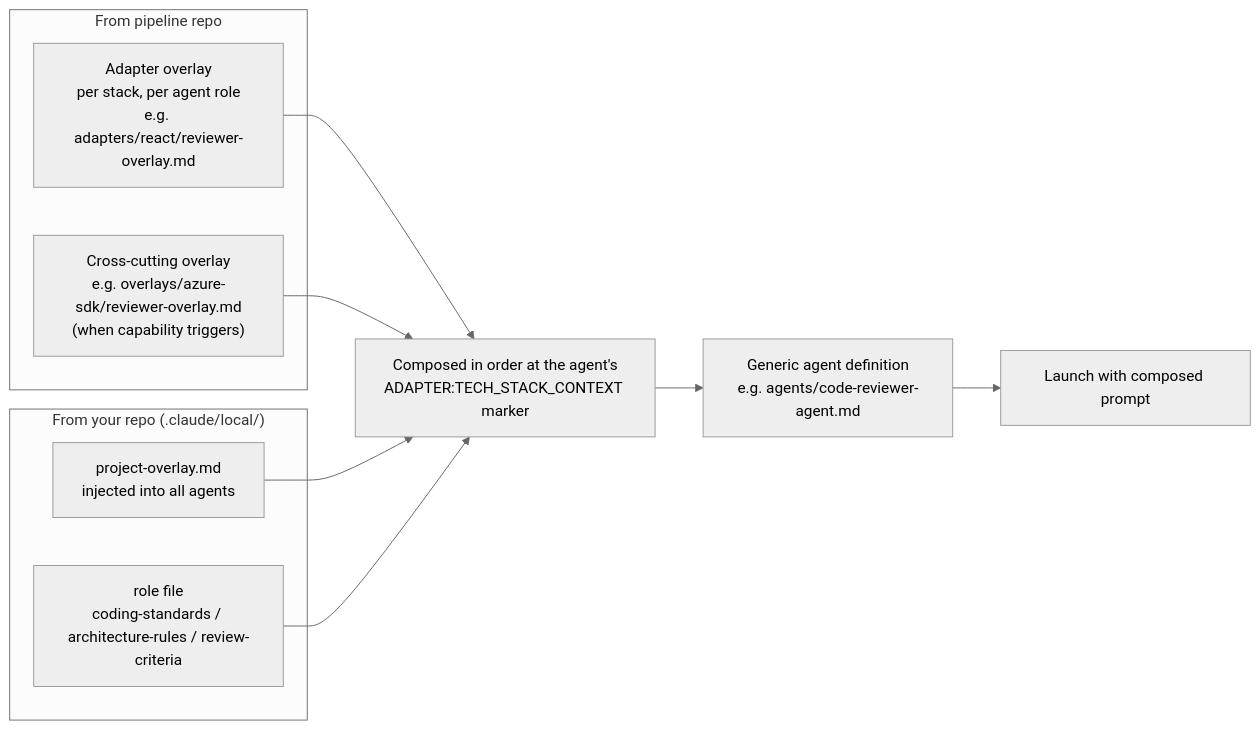
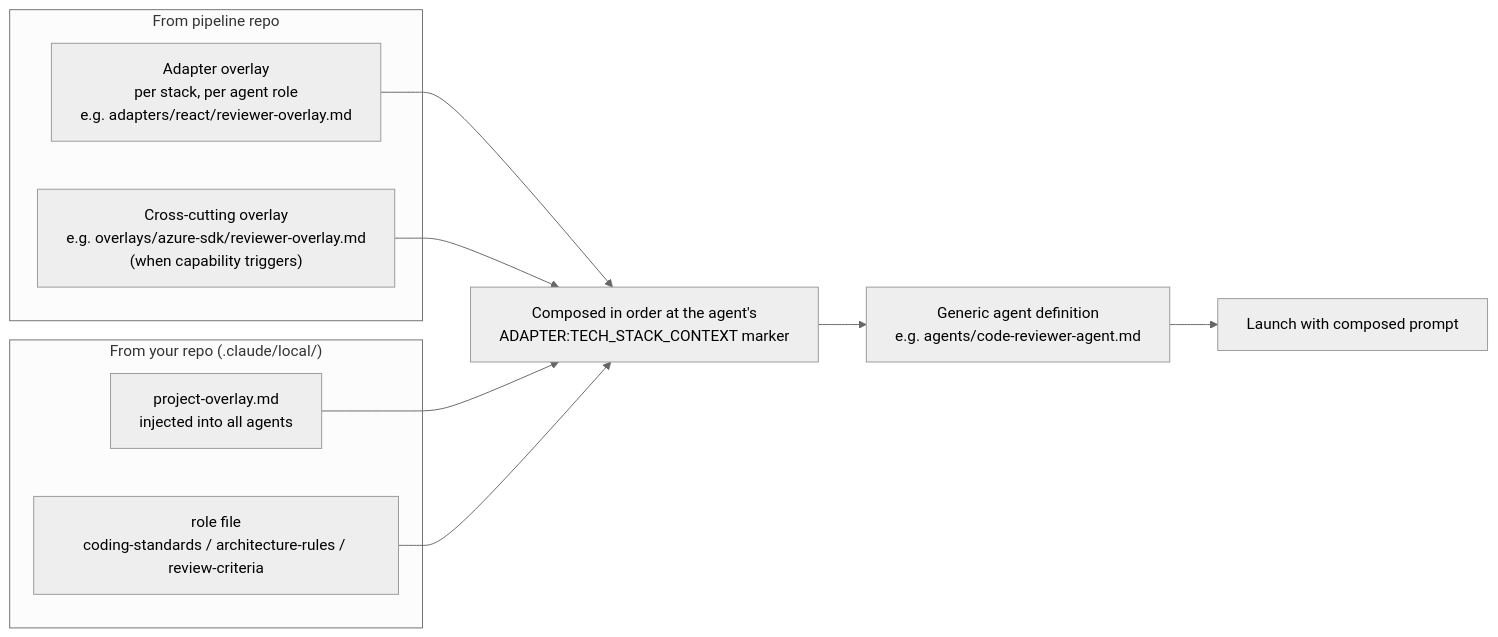
One commit to MILL5/claude-code-pipeline changed the diagram in docs/architecture.md. Above: the diagram before and after it, drawn with Mermaid (neutral theme). The commit also changed 2 other files, not shown here.

Commit message:
docs(mermaid): widen wrappingWidth so labels stop wrapping mid-line
GitHub's default Mermaid wrappingWidth (~200px) was breaking longer node
labels onto multiple lines mid-phrase ("Sonnet default, Opus if / novel",
"adapters/react/reviewer- / overlay.md", "• Reviewer (OPTIONAL /
IMPROVEMENTS, tagged)"). Adding %%{init}%% directives to widen each
diagram's wrappingWidth (300/320/280) lets labels render on one line
without changing any text content.

````diff
--- a/docs/architecture.md
+++ b/docs/architecture.md
@@ -80,22 +80,23 @@
 ```mermaid
+%%{init: {'flowchart': {'wrappingWidth': 320}}}%%
 flowchart LR
     subgraph PipelineRepo["From pipeline repo"]
         Adapter["Adapter overlay<br/>per stack, per agent role<br/>e.g. adapters/react/reviewer-overlay.md"]
         CrossCut["Cross-cutting overlay<br/>e.g. overlays/azure-sdk/reviewer-overlay.md<br/>(when capability triggers)"]
     end
 
     subgraph LocalRepo["From your repo (.claude/local/)"]
         ProjectOverlay["project-overlay.md<br/>injected into all agents"]
         RoleOverlay["role file<br/>coding-standards / architecture-rules / review-criteria"]
     end
 
     Adapter --> Compose
     CrossCut --> Compose
     ProjectOverlay --> Compose
     RoleOverlay --> Compose
 
     Compose["Composed in order at the agent's<br/>ADAPTER:TECH_STACK_CONTEXT marker"]
     Compose --> Agent
     Agent["Generic agent definition<br/>e.g. agents/code-reviewer-agent.md"]
     Agent --> Launch["Launch with composed prompt"]
 ```
````
